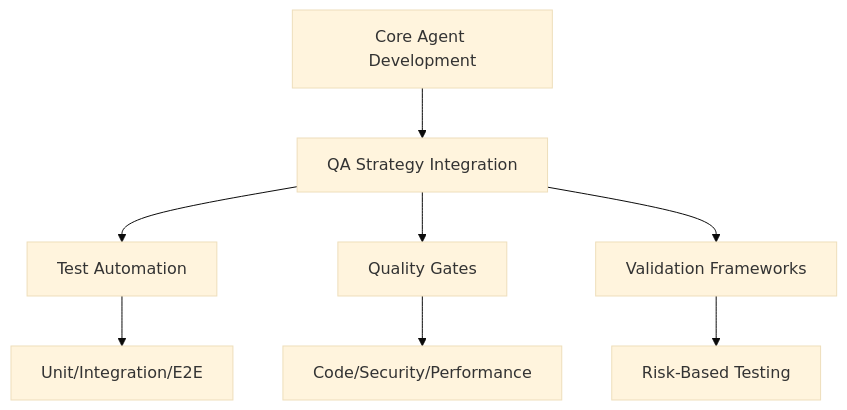
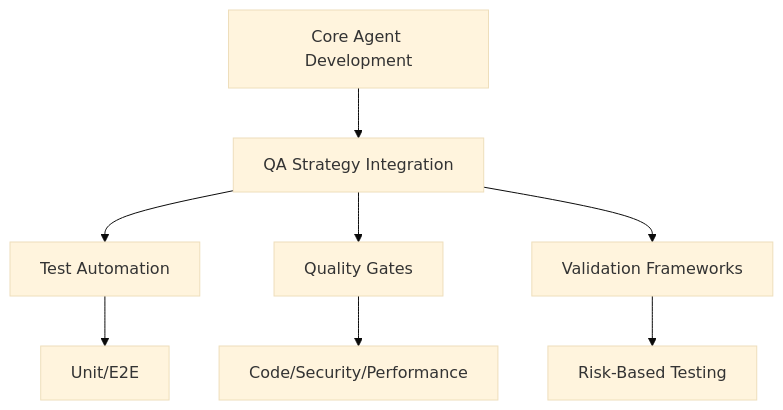
One commit to MerlinFloyd/horizon-sdlc-v2 changed the first of 4 diagrams in docker/opencode/config/agent/qa.md. Above: the diagram before and after it, drawn with Mermaid (base theme). The commit also changed other lines of this file and 12 other files, not shown here.

````diff
--- a/docker/opencode/config/agent/qa.md
+++ b/docker/opencode/config/agent/qa.md
@@ -49,11 +49,11 @@
 ```mermaid
 graph TD
     A[Core Agent Development] --> B[QA Strategy Integration]
     B --> C[Test Automation]
     B --> D[Quality Gates]
     B --> E[Validation Frameworks]
 
-    C --> C1[Unit/Integration/E2E]
+    C --> C1[Unit/E2E]
     D --> D1[Code/Security/Performance]
     E --> E1[Risk-Based Testing]
 ```
````
